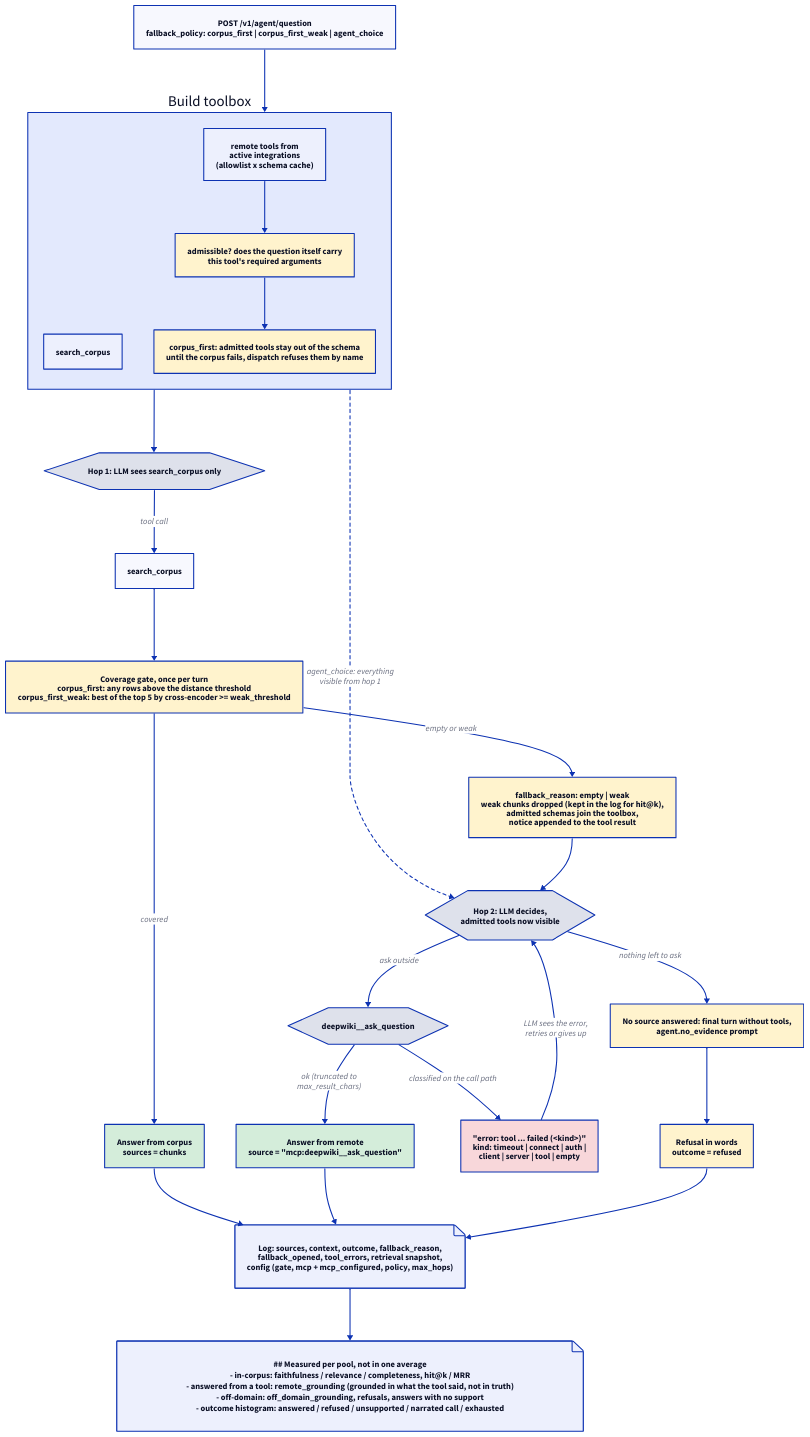
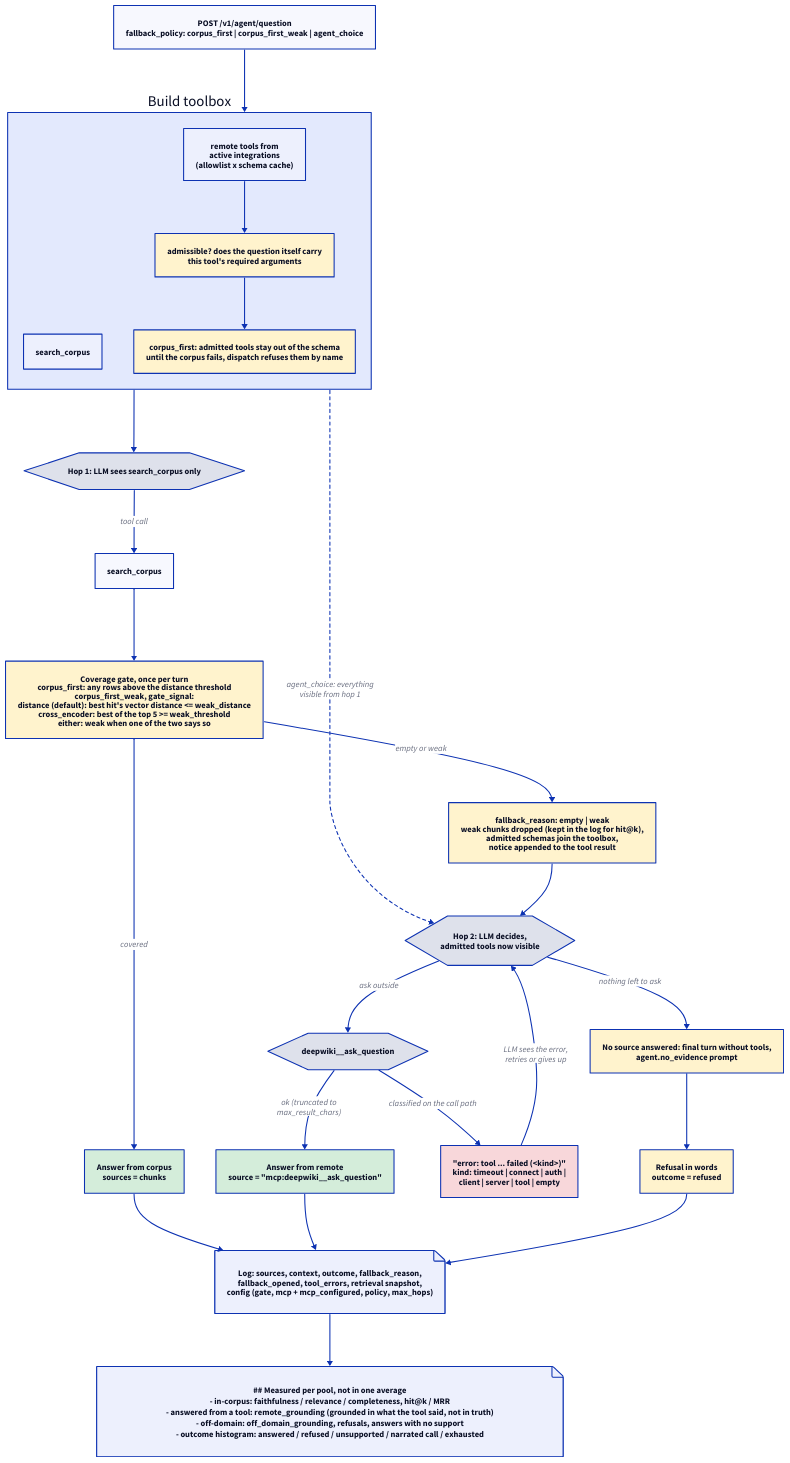
The diagram in docs/diagrams/agent_flow.d2 (rikitikitav1/rag-lab), drawn with D2 before and after one commit. The commit also changed 4 other files, not shown here.

```diff
--- a/docs/diagrams/agent_flow.d2
+++ b/docs/diagrams/agent_flow.d2
@@ -1,77 +1,77 @@
 direction: down
 
 q: POST /v1/agent/question\nfallback_policy: corpus_first | corpus_first_weak | agent_choice
 toolbox: Build toolbox {
   static: search_corpus
   remote: remote tools from\nactive integrations\n(allowlist x schema cache)
   admit: "admissible? does the question itself carry\nthis tool's required arguments" {
     style.fill: "#fff3cd"
   }
   withheld: "corpus_first: admitted tools stay out of the schema\nuntil the corpus fails, dispatch refuses them by name" {
     style.fill: "#fff3cd"
   }
   remote -> admit -> withheld
 }
 hop1: "Hop 1: LLM sees search_corpus only" {
   shape: hexagon
 }
 search: search_corpus
-gate: "Coverage gate, once per turn\ncorpus_first: any rows above the distance threshold\ncorpus_first_weak: best of the top 5 by cross-encoder >= weak_threshold" {
+gate: "Coverage gate, once per turn\ncorpus_first: any rows above the distance threshold\ncorpus_first_weak, gate_signal:\ndistance (default): best hit's vector distance <= weak_distance\ncross_encoder: best of the top 5 >= weak_threshold\neither: weak when one of the two says so" {
   style.fill: "#fff3cd"
 }
 answer_corpus: Answer from corpus\nsources = chunks {
   style.fill: "#d4edda"
 }
 open: "fallback_reason: empty | weak\nweak chunks dropped (kept in the log for hit@k),\nadmitted schemas join the toolbox,\nnotice appended to the tool result" {
   style.fill: "#fff3cd"
 }
 hop2: "Hop 2: LLM decides,\nadmitted tools now visible" {
   shape: hexagon
 }
 remote_call: "deepwiki__ask_question" {
   shape: hexagon
 }
 remote_ok: Answer from remote\nsource = "mcp:deepwiki__ask_question" {
   style.fill: "#d4edda"
 }
 remote_err: "\"error: tool ... failed (<kind>)\"\nkind: timeout | connect | auth |\nclient | server | tool | empty" {
   style.fill: "#f8d7da"
 }
 no_evidence: "No source answered: final turn without tools,\nagent.no_evidence prompt" {
   style.fill: "#fff3cd"
 }
 refuse: "Refusal in words\noutcome = refused" {
   style.fill: "#fff3cd"
 }
 log: "Log: sources, context, outcome, fallback_reason,\nfallback_opened, tool_errors, retrieval snapshot,\nconfig (gate, mcp + mcp_configured, policy, max_hops)" {
   shape: page
 }
 metrics: |md
   ## Measured per pool, not in one average
   - in-corpus: faithfulness / relevance / completeness, hit@k / MRR
   - answered from a tool: remote_grounding (grounded in what the tool said, not in truth)
   - off-domain: off_domain_grounding, refusals, answers with no support
   - outcome histogram: answered / refused / unsupported / narrated call / exhausted
 | {
   shape: page
 }
 
 q -> toolbox -> hop1
 toolbox -> hop2: "agent_choice: everything\nvisible from hop 1" {
   style.stroke-dash: 3
 }
 hop1 -> search: tool call
 search -> gate
 gate -> answer_corpus: covered
 gate -> open: empty or weak
 open -> hop2
 hop2 -> remote_call: ask outside
 hop2 -> no_evidence: nothing left to ask
 remote_call -> remote_ok: ok (truncated to\nmax_result_chars)
 remote_call -> remote_err: classified on the call path
 remote_err -> hop2: LLM sees the error,\nretries or gives up
 no_evidence -> refuse
 answer_corpus -> log
 remote_ok -> log
 refuse -> log
 log -> metrics
```
